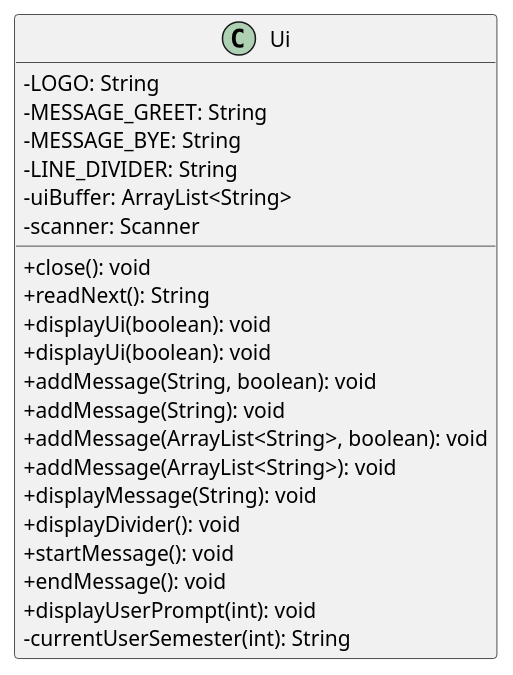
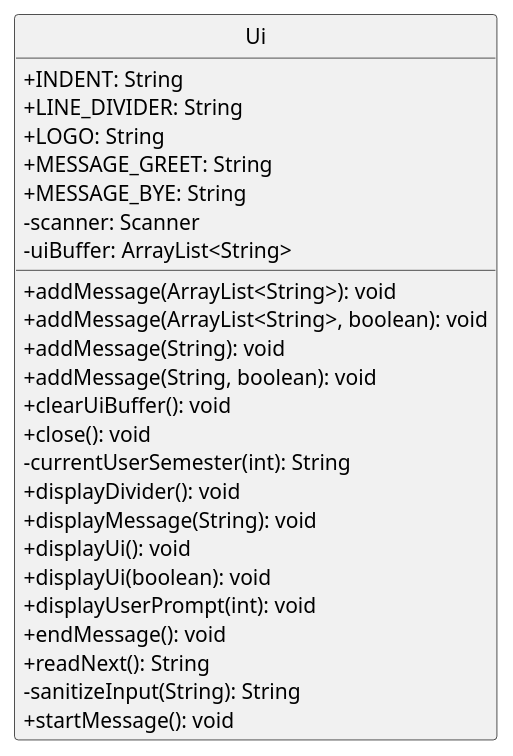
One commit to nus-cs2113-AY2223S1/tp changed the diagram in docs/UMLdiagrams/UiClass.puml. Above: the diagram before and after it, drawn with PlantUML. The commit also changed 1 other file, not shown here.

Commit message:
Order UI uml alphabetically

```diff
--- a/docs/UMLdiagrams/UiClass.puml
+++ b/docs/UMLdiagrams/UiClass.puml
@@ -1,28 +1,32 @@
 @startuml
 'https://plantuml.com/sequence-diagram
 skinparam classAttributeIconSize 0
+hide circle
+
 class Ui {
-    - LOGO: String
-    - MESSAGE_GREET: String
-    - MESSAGE_BYE: String
-    - LINE_DIVIDER: String
+    + INDENT: String
+    + LINE_DIVIDER: String
+    + LOGO: String
+    + MESSAGE_GREET: String
+    + MESSAGE_BYE: String
+    - scanner: Scanner
     - uiBuffer: ArrayList<String>
-    - scanner: Scanner
 
+    + addMessage(ArrayList<String>): void
+    + addMessage(ArrayList<String>, boolean): void
+    + addMessage(String): void
+    + addMessage(String, boolean): void
+    + clearUiBuffer(): void
     + close(): void
+    - currentUserSemester(int): String
+    + displayDivider(): void
+    + displayMessage(String): void
+    + displayUi(): void
+    + displayUi(boolean): void
+    + displayUserPrompt(int): void
+    + endMessage(): void
     + readNext(): String
-    + displayUi(boolean): void
-    + displayUi(boolean): void
-    + addMessage(String, boolean): void
-    + addMessage(String): void
-    + addMessage(ArrayList<String>, boolean): void
-    + addMessage(ArrayList<String>): void
-    + displayMessage(String): void
-    + displayDivider(): void
+    - sanitizeInput(String): String
     + startMessage(): void
-    + endMessage(): void
-    + displayUserPrompt(int): void
-    - currentUserSemester(int): String
-
 }
 @enduml
```
